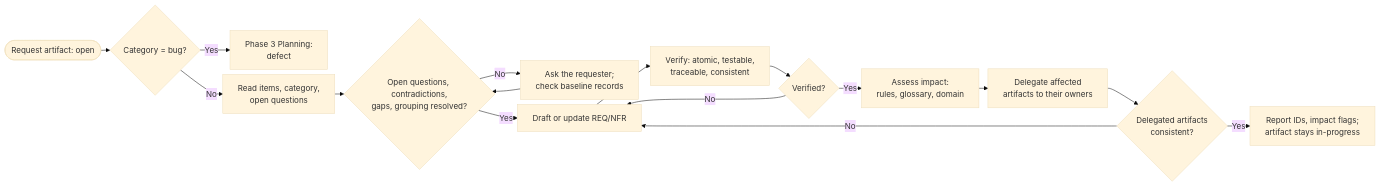
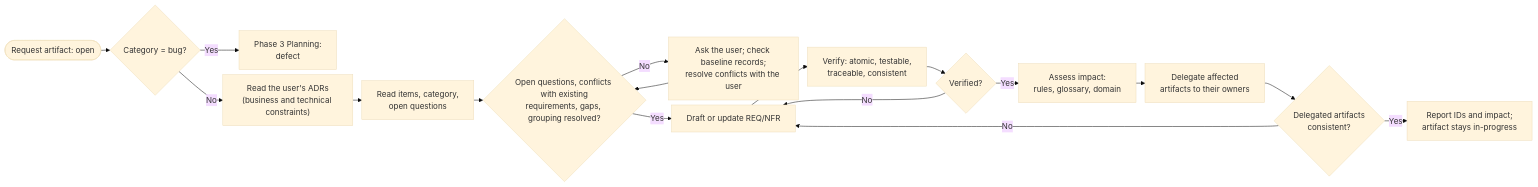
Before and after one commit to lyndametref/opencode-dev-workflow: the diagram in workflows/orchestrator/2-Requirements.md, drawn with Mermaid (base theme). The commit also changed other lines of this file and 9 other files, not shown here.

````diff
--- a/workflows/orchestrator/2-Requirements.md
+++ b/workflows/orchestrator/2-Requirements.md
@@ -32,19 +34,20 @@
 ```mermaid
 %%{init: {"flowchart": {"nodeSpacing": 10, "rankSpacing": 18}}}%%
 flowchart LR
     ART([Request artifact: open]) --> CAT{"Category = bug?"}
     CAT -->|"Yes"| P3["Phase 3 Planning:<br/>defect"]
-    CAT -->|"No"| READ["Read items, category,<br/>open questions"]
-    READ --> CHECK{"Open questions, contradictions,<br/>gaps, grouping resolved?"}
-    CHECK -->|"No"| ASK["Ask the requester;<br/>check baseline records"]
+    CAT -->|"No"| ADR["Read the user's ADRs<br/>(business and technical constraints)"]
+    ADR --> READ["Read items, category,<br/>open questions"]
+    READ --> CHECK{"Open questions, conflicts with existing<br/>requirements, gaps, grouping resolved?"}
+    CHECK -->|"No"| ASK["Ask the user; check baseline records;<br/>resolve conflicts with the user"]
     ASK --> CHECK
     CHECK -->|"Yes"| DRAFT["Draft or update REQ/NFR"]
     DRAFT --> VERIFY["Verify: atomic, testable,<br/>traceable, consistent"]
     VERIFY --> VOK{"Verified?"}
     VOK -->|"No"| DRAFT
     VOK -->|"Yes"| IMPACT["Assess impact:<br/>rules, glossary, domain"]
     IMPACT --> DELEG["Delegate affected<br/>artifacts to their owners"]
     DELEG --> CONSIST{"Delegated artifacts<br/>consistent?"}
     CONSIST -->|"No"| DRAFT
-    CONSIST -->|"Yes"| OUT["Report IDs, impact flags;<br/>artifact stays in-progress"]
+    CONSIST -->|"Yes"| OUT["Report IDs and impact;<br/>artifact stays in-progress"]
 ```
````
